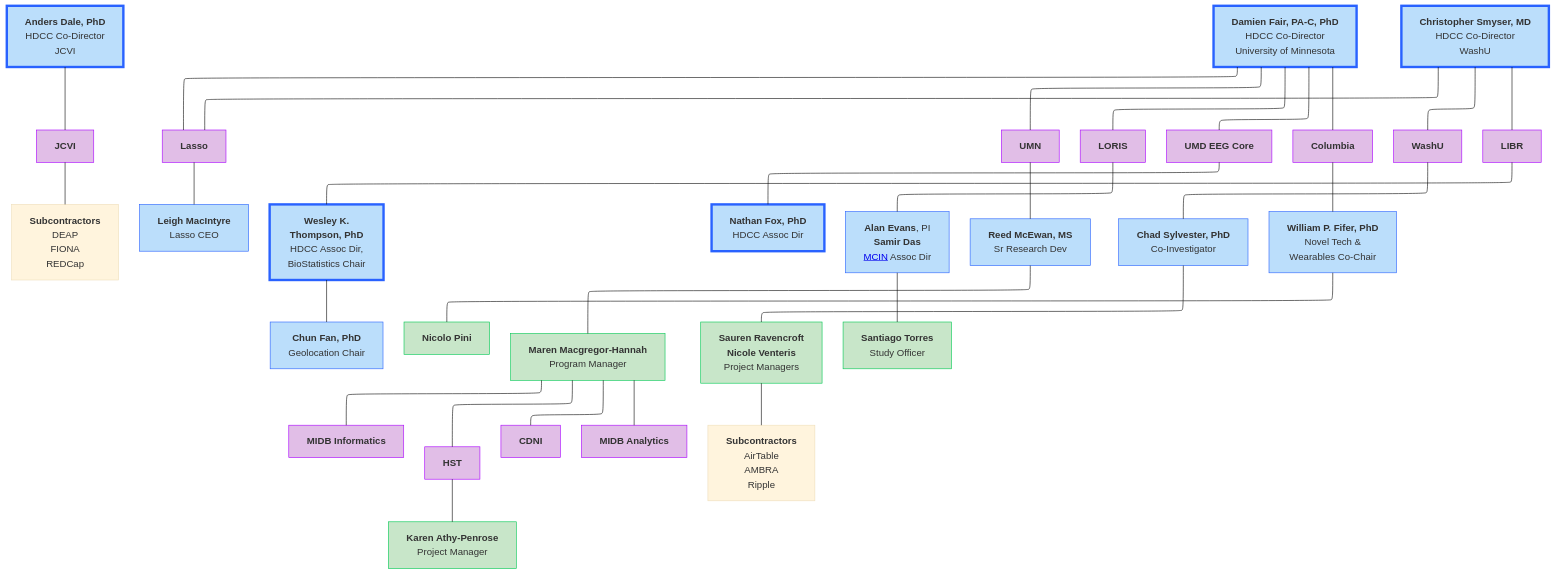
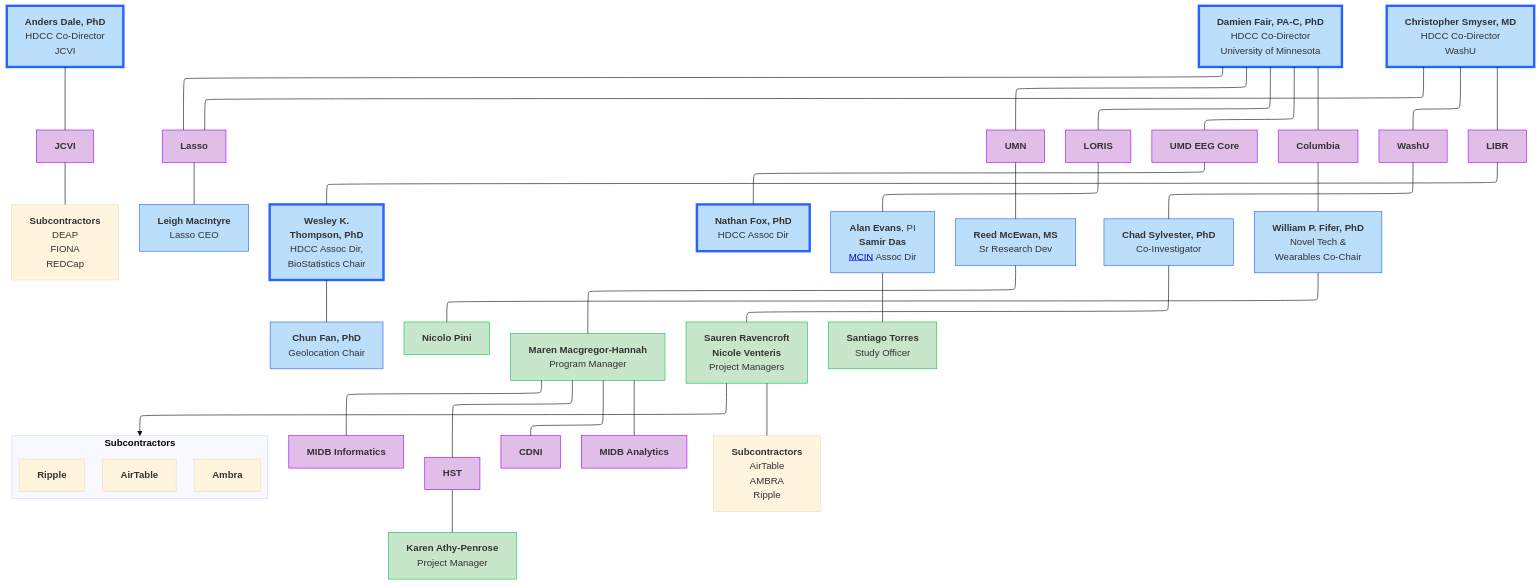
One commit to DCAN-Labs/hbcd-docs-internal changed the first of 12 diagrams in docs/orgcharts.md. Above: the diagram before and after it, drawn with Mermaid (base theme).

Commit message:
test adding subcontractors to overview

````diff
--- a/docs/orgcharts.md
+++ b/docs/orgcharts.md
@@ -17,71 +17,77 @@
 ```mermaid
 ---
 config:
   layout: elk
 ---
 flowchart TB
+ subgraph s1["<b>Subcontractors</b>"]
+        n35["<b>AirTable</b>"]
+        n36["<b>Ambra</b>"]
+        n37["<b>Ripple</b>"]
+    end
     n2["<b>Anders Dale, PhD<br></b>HDCC Co-Director<br>JCVI"] --- jcvi["<b>JCVI</b>"]
     jcvi --- jcviSC["<b>Subcontractors</b><br>DEAP<br>FIONA<br>REDCap"]
     E["<b>Damien Fair, PA-C, PhD</b><br>HDCC Co-Director<br>University of Minnesota"] --- lasso["<b>Lasso</b>"] & umn["<b>UMN</b>"] & n7["<b>LORIS</b>"] & n8["<b>UMD EEG Core</b>"] & n11["<b>Columbia</b>"]
     lasso --- lasso1["<b>Leigh MacIntyre</b><br>Lasso CEO"]
     n1["<b>Christopher Smyser, MD<br></b>HDCC Co-Director<br>WashU"] --- n10["<b>WashU</b>"] & n12["<b>LIBR</b>"] & lasso
     n16["<b>Wesley K.<br>Thompson, PhD</b><br>HDCC Assoc Dir,<br>BioStatistics Chair"] --- n17["<b>Chun Fan, PhD</b><br>Geolocation Chair"]
     n12 --- n16
     n8 --- n19["<b>Nathan Fox, PhD<br></b>HDCC Assoc Dir"]
     n7 --- n20["<b>Alan Evans</b>, PI<br><b>Samir Das</b><br><a href="https://mcin.ca/about-mcin/" target="_blank">MCIN</a> Assoc Dir"]
     umn --- reed["<b>Reed McEwan, MS</b><br>Sr Research Dev"]
     n10 --- n22["<b>Chad Sylvester, PhD</b><br>Co-Investigator"]
     n11 --- n18["<b>William P. Fifer, PhD</b><br>Novel Tech &<br>Wearables Co-Chair"]
     n18 --- n34["<b>Nicolo Pini</b>"]
     reed --- n30["<b>Maren Macgregor-Hannah</b><br>Program Manager"]
     n30 --- n25["<b>MIDB Informatics</b>"]
     n30 --- n27["<b>HST</b>"]
     n30 --- n28["<b>CDNI</b>"]
     n30 --- n29["<b>MIDB Analytics</b>"]
     n27 --- n31["<b>Karen Athy-Penrose</b><br>Project Manager"]
     n22 --- n32["<b>Sauren Ravencroft<br>Nicole Venteris</b><br>Project Managers"]
     n32 --- washuSC["<b>Subcontractors</b><br>AirTable<br>AMBRA<br>Ripple"]
     n20 --- n33["<b>Santiago Torres</b><br>Study Officer"]
+    n32 --> s1
     style n2 fill:#BBDEFB,stroke:#2962FF,stroke-width:4px
     style jcvi fill:#E1BEE7,stroke:#AA00FF
     style E fill:#BBDEFB,stroke:#2962FF,stroke-width:4px
     style lasso fill:#E1BEE7,stroke:#AA00FF
     style umn fill:#E1BEE7,stroke:#AA00FF
     style n7 fill:#E1BEE7,stroke:#AA00FF
     style n8 fill:#E1BEE7,stroke:#AA00FF
     style n11 fill:#E1BEE7,stroke:#AA00FF
     style lasso1 fill:#BBDEFB,stroke:#2962FF
     style n1 fill:#BBDEFB,stroke:#2962FF,stroke-width:4px
     style n10 fill:#E1BEE7,stroke:#AA00FF
     style n12 fill:#E1BEE7,stroke:#AA00FF
     style n16 fill:#BBDEFB,stroke:#2962FF,stroke-width:4px
     style n17 fill:#BBDEFB,stroke:#2962FF
     style n19 fill:#BBDEFB,stroke:#2962FF,stroke-width:4px
     style n20 fill:#BBDEFB,stroke:#2962FF
     style reed fill:#BBDEFB,stroke:#2962FF
     style n22 fill:#BBDEFB,stroke:#2962FF
     style n18 fill:#BBDEFB,stroke:#2962FF
     style n25 fill:#E1BEE7,stroke:#AA00FF
     style n27 fill:#E1BEE7,stroke:#AA00FF
     style n28 fill:#E1BEE7,stroke:#AA00FF
     style n29 fill:#E1BEE7,stroke:#AA00FF
     style n30 fill:#C8E6C9,stroke:#00C853
     style n31 fill:#C8E6C9,stroke:#00C853
     style n32 fill:#C8E6C9,stroke:#00C853
     style n33 fill:#C8E6C9,stroke:#00C853
     style n34 fill:#C8E6C9,stroke:#00C853
     click jcvi "#j-craig-venter-institute"
     click lasso "#lasso"
     click umn "#university-of-minnesota"
     click n7 "#loris"
     click n8 "#university-of-maryland"
     click n10 "#washu"
     click n25 "#midb-informatics-hub-msi"
     click n29 "#midb-analytics-hub"
     click n27 "#health-sciences-technology"
     click n28 "#center-for-developmental-neuroimaging"
     click n12 "#libr"
     click n11 "#columbia-university"
     click jcviSC "#subcontractor-details_1"
     click washuSC "#subcontractor-details"
 ```
````
